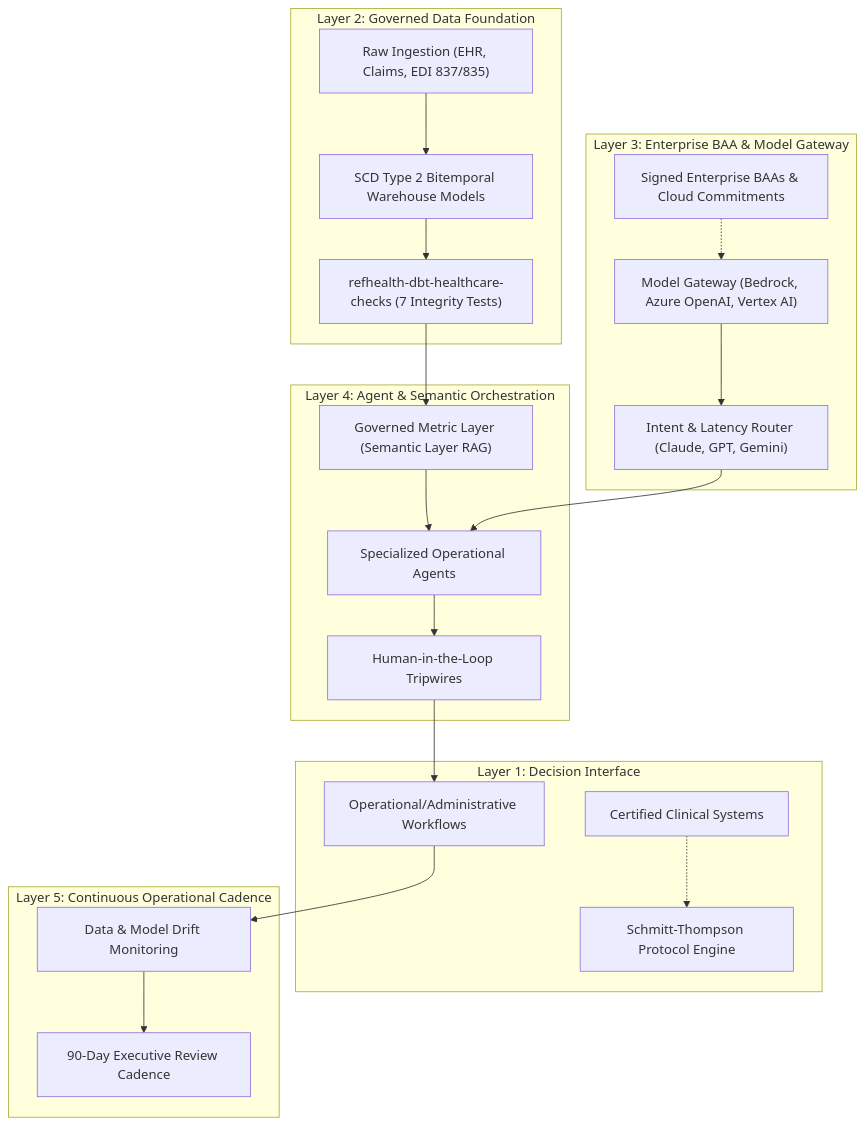
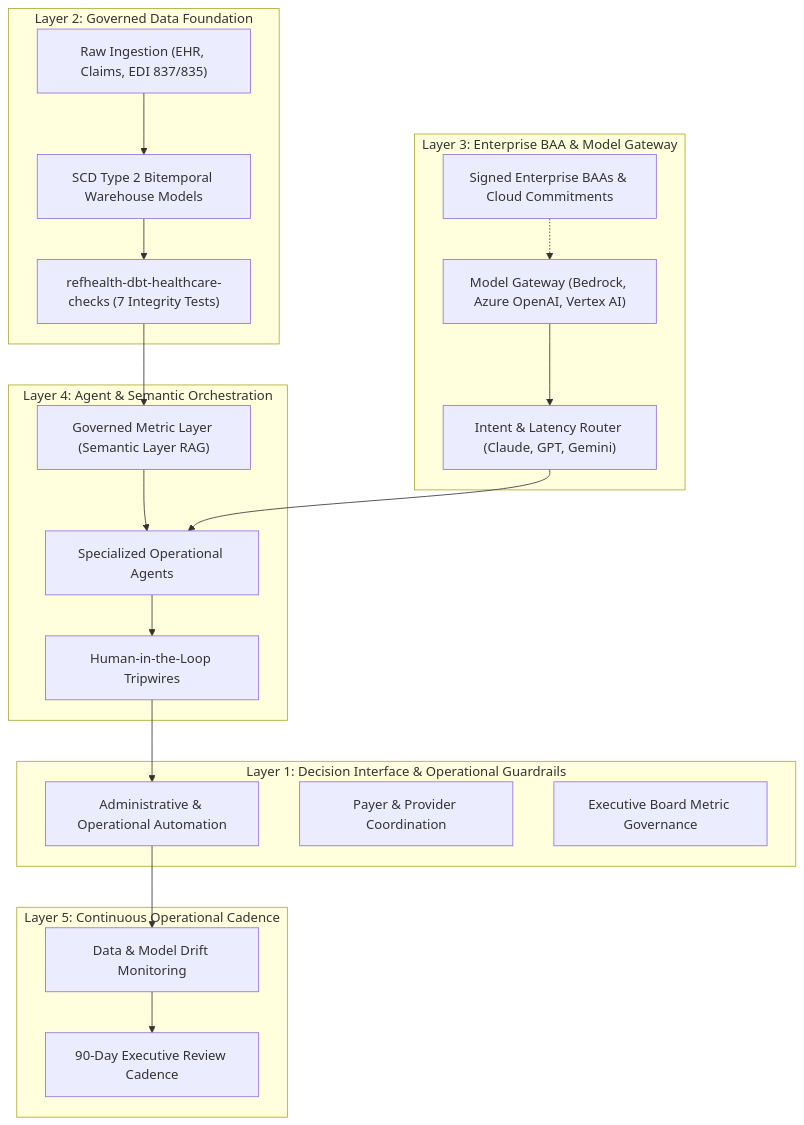
Before and after one commit to apratsunrthd/refhealth.consulting: the third of 3 diagrams in ARCHITECTURE.md, drawn with Mermaid. The commit also changed other lines of this file and 4 other files, not shown here.

````diff
--- a/ARCHITECTURE.md
+++ b/ARCHITECTURE.md
@@ -213,39 +213,38 @@
 ```mermaid
 flowchart TD
-    subgraph Layer 1: Decision Interface
-        ST["Schmitt-Thompson Protocol Engine"]
-        CLIN["Certified Clinical Systems"]
-        OPS["Operational/Administrative Workflows"]
+    subgraph Layer 1: Decision Interface & Operational Guardrails
+        ADMIN["Administrative & Operational Automation"]
+        COORD["Payer & Provider Coordination"]
+        GOV["Executive Board Metric Governance"]
     end
 
     subgraph Layer 2: Governed Data Foundation
         RAW["Raw Ingestion (EHR, Claims, EDI 837/835)"]
         SCD2["SCD Type 2 Bitemporal Warehouse Models"]
         DBT["refhealth-dbt-healthcare-checks (7 Integrity Tests)"]
     end
 
     subgraph Layer 3: Enterprise BAA & Model Gateway
         GATEWAY["Model Gateway (Bedrock, Azure OpenAI, Vertex AI)"]
         BAA["Signed Enterprise BAAs & Cloud Commitments"]
         ROUTER["Intent & Latency Router (Claude, GPT, Gemini)"]
     end
 
     subgraph Layer 4: Agent & Semantic Orchestration
         SEM["Governed Metric Layer (Semantic Layer RAG)"]
         HITL["Human-in-the-Loop Tripwires"]
         AGENT["Specialized Operational Agents"]
     end
 
     subgraph Layer 5: Continuous Operational Cadence
         DRIFT["Data & Model Drift Monitoring"]
         CADENCE["90-Day Executive Review Cadence"]
     end
 
     RAW --> SCD2 --> DBT --> SEM
     SEM --> AGENT
     GATEWAY --> ROUTER --> AGENT
     BAA -.-> GATEWAY
-    AGENT --> HITL --> OPS
-    CLIN -.-> ST
-    OPS --> DRIFT --> CADENCE
+    AGENT --> HITL --> ADMIN
+    ADMIN --> DRIFT --> CADENCE
 ```
````
